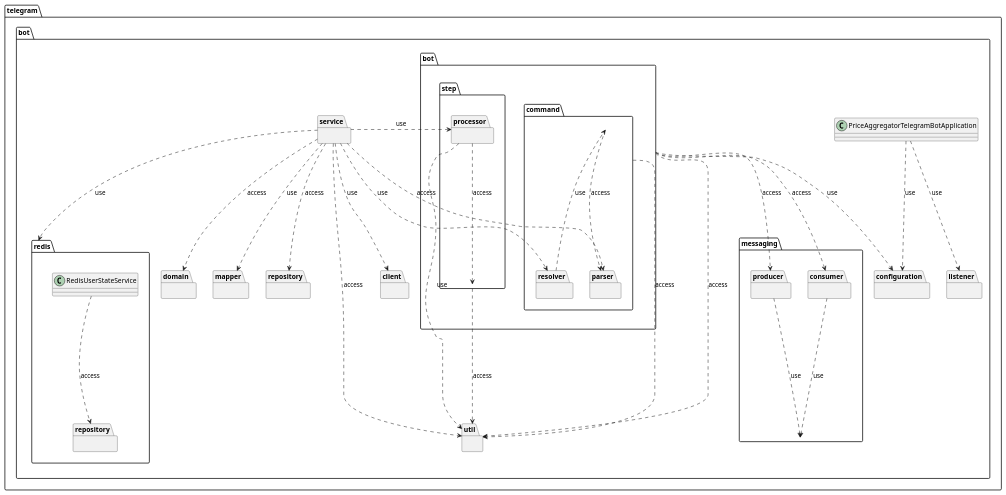
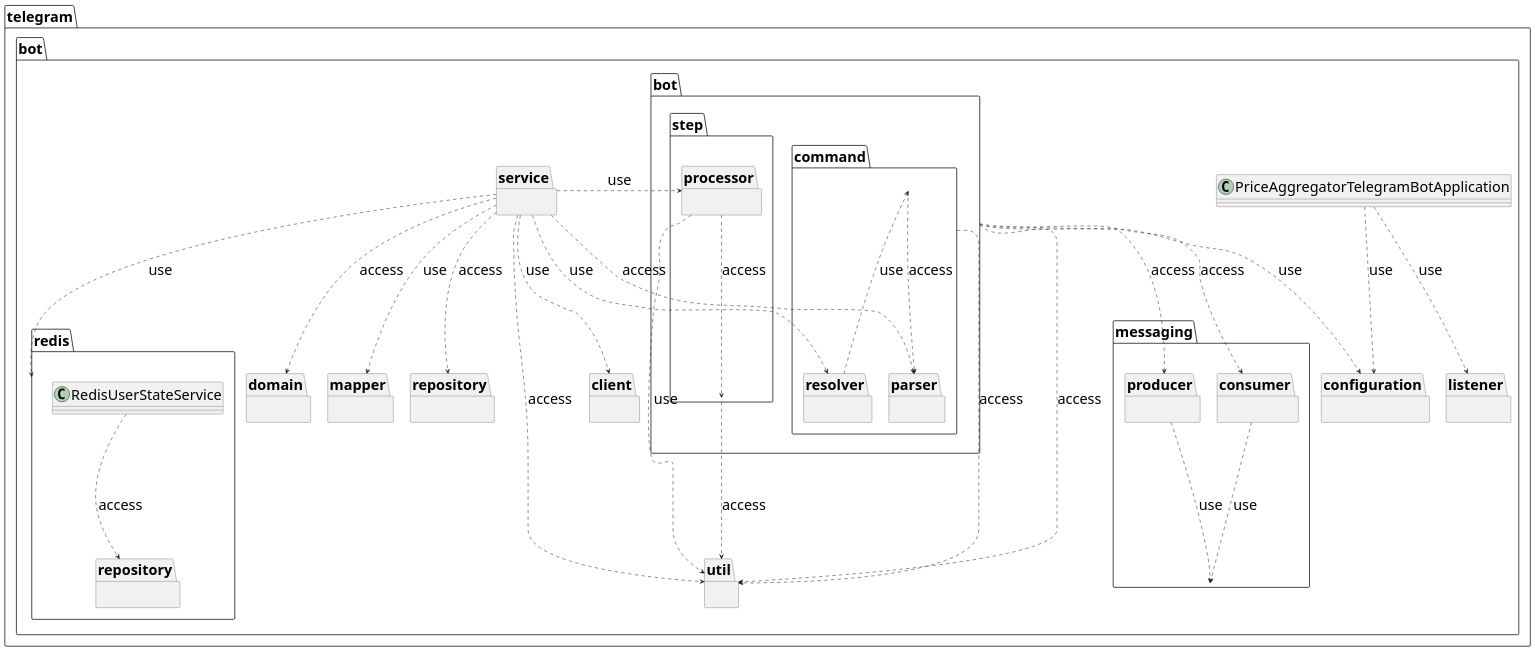
Before and after one commit to ViktorPyrih/price-aggregator-telegram-bot: the diagram in docs/package-diagram.puml, drawn with PlantUML.

Commit message:
Added package-diagram

```diff
--- a/docs/package-diagram.puml
+++ b/docs/package-diagram.puml
@@ -1,90 +1,91 @@
 @startuml
+skinparam defaultFontSize 30
 
 package "telegram.bot" {
   package "bot" {
     package "command" {
         package "parser" {
 
         }
         package "resolver" {
 
         }
     }
     package "step" {
         package "processor" {
 
         }
     }
   }
   package "client" {
 
   }
   package "configuration" {
 
   }
   package "domain" {
 
   }
   package "listener" {
 
   }
   package "mapper" {
 
   }
   package "messaging" {
       package "consumer" {
 
       }
       package "producer" {
 
       }
   }
   package "redis" {
     package "repository" {
 
     }
     class RedisUserStateService {
 
     }
   }
   package "repository" {
 
   }
   package "service" {
 
   }
   package "util" {
 
   }
   class PriceAggregatorTelegramBotApplication {
 
   }
 }
 
 "telegram.bot.bot" ....> "telegram.bot.service" : access
 "telegram.bot.bot" ....> "telegram.bot.configuration" : use
 "telegram.bot.bot" ....> "telegram.bot.messaging.consumer": access
 "telegram.bot.bot" ....> "telegram.bot.messaging.producer": access
 "telegram.bot.messaging.consumer" ....> "telegram.bot.messaging": use
 "telegram.bot.messaging.producer" ....> "telegram.bot.messaging": use
 RedisUserStateService ....> "telegram.bot.redis.repository" : access
 "telegram.bot.service" ....> "telegram.bot.client" : use
 "telegram.bot.service" ....> "telegram.bot.domain" : access
 "telegram.bot.service" ....> "telegram.bot.mapper" : use
 "telegram.bot.service" ....> "telegram.bot.repository" : access
 "telegram.bot.service" ....> "telegram.bot.redis" : use
 "telegram.bot.service" ....> "telegram.bot.bot.command.parser" : access
 "telegram.bot.service" ....> "telegram.bot.bot.command.resolver" : use
 "telegram.bot.bot.command" ....> "telegram.bot.bot.command.parser" : access
 "telegram.bot.service" ....> "telegram.bot.bot.step.processor" : use
 "telegram.bot.bot.step.processor" ....> "telegram.bot.bot.step" : access
 "telegram.bot.bot.command.resolver" ....> "telegram.bot.bot.command" : use
 "telegram.bot.bot.command" ....> "telegram.bot.util" : access
 "telegram.bot.service" ....> "telegram.bot.util" : access
 PriceAggregatorTelegramBotApplication ....> "telegram.bot.configuration" : use
 PriceAggregatorTelegramBotApplication ....> "telegram.bot.listener" : use
 "telegram.bot.bot.step.processor" ....> "telegram.bot.util" : use
 "telegram.bot.bot.step" ....> "telegram.bot.util" : access
 "telegram.bot.bot" ....> "telegram.bot.util" : access
 
 @enduml
```
